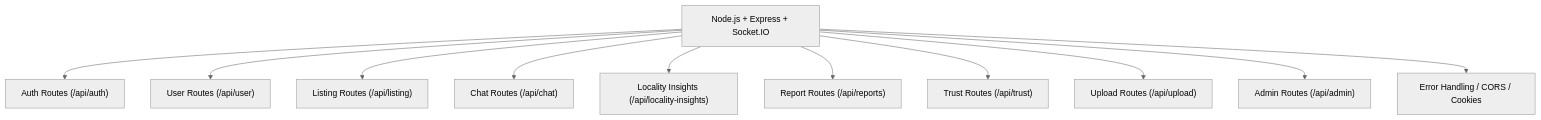
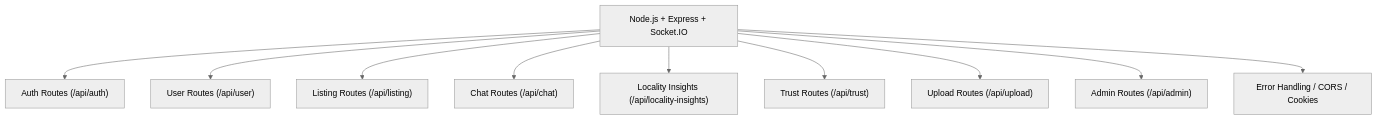
The second of 3 diagrams in README.md (manish-joshi-dev/Shelter-Seeker), drawn with Mermaid (neutral theme) before and after one commit.

Commit message:
Remove Report Routes from README

````diff
--- a/README.md
+++ b/README.md
@@ -31,25 +31,23 @@
 ```mermaid
 flowchart TD
     A["Node.js + Express + Socket.IO"]
     B["Auth Routes (/api/auth)"]
     C["User Routes (/api/user)"]
     D["Listing Routes (/api/listing)"]
     E["Chat Routes (/api/chat)"]
     F["Locality Insights (/api/locality-insights)"]
-    G["Report Routes (/api/reports)"]
     H["Trust Routes (/api/trust)"]
     I["Upload Routes (/api/upload)"]
     J["Admin Routes (/api/admin)"]
     K["Error Handling / CORS / Cookies"]
 
     A --> B
     A --> C
     A --> D
     A --> E
     A --> F
-    A --> G
     A --> H
     A --> I
     A --> J
     A --> K
 ```
````
